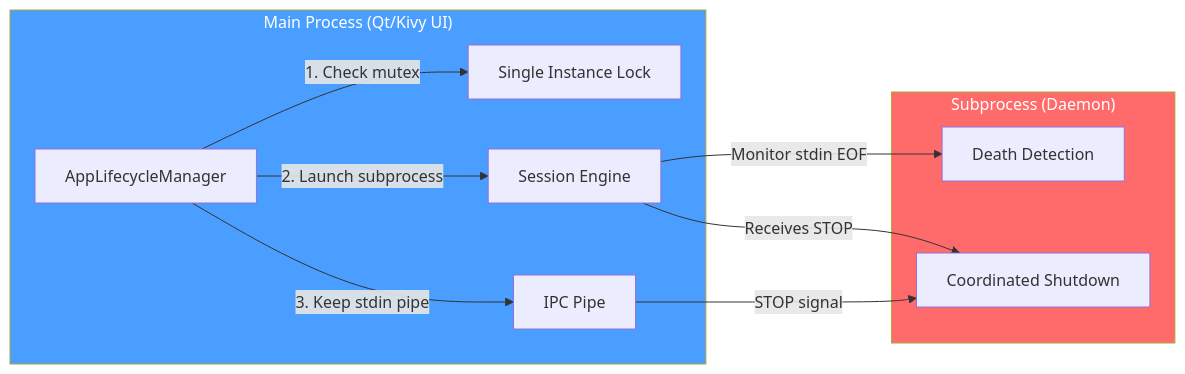
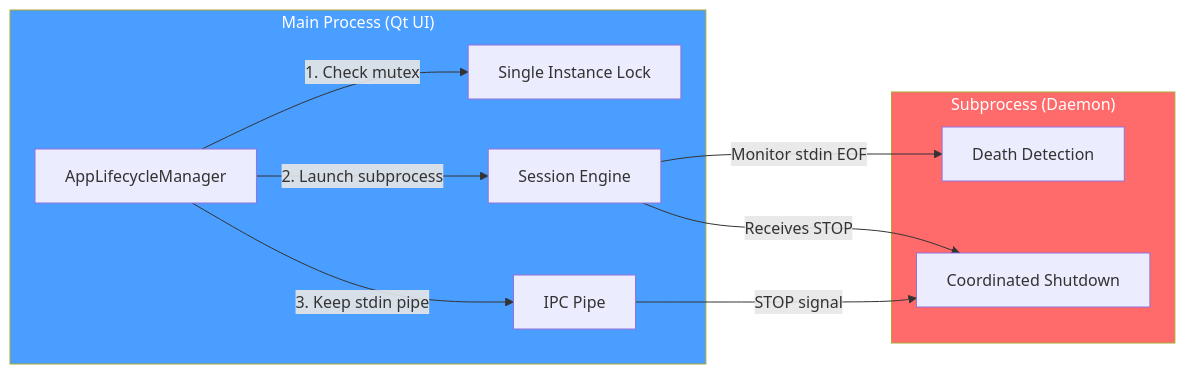
The tenth of 53 diagrams in docs/books/Book-Coach-3-en.md (renanaugustomacena-ux/Counter-Strike-coach-AI), drawn with Mermaid before and after one commit. The commit also changed other lines of this file and 2 other files, not shown here.

First line of the commit message:
docs: update Book-Coach-3 trilogy — remove Kivy, fix screen/test counts

````diff
--- a/docs/books/Book-Coach-3-en.md
+++ b/docs/books/Book-Coach-3-en.md
@@ -708,16 +672,16 @@
 ```mermaid
 flowchart LR
-    subgraph MAIN["Main Process (Qt/Kivy UI)"]
+    subgraph MAIN["Main Process (Qt UI)"]
         LIFE["AppLifecycleManager"]
         LIFE -->|"1. Check mutex"| LOCK["Single Instance Lock"]
         LIFE -->|"2. Launch subprocess"| DAEMON["Session Engine"]
         LIFE -->|"3. Keep stdin pipe"| PIPE["IPC Pipe"]
     end
     subgraph BG["Subprocess (Daemon)"]
         DAEMON -->|"Monitor stdin EOF"| DETECT["Death Detection"]
         DAEMON -->|"Receives STOP"| SHUT["Coordinated Shutdown"]
     end
     PIPE -->|"STOP signal"| SHUT
     style MAIN fill:#4a9eff,color:#fff
     style BG fill:#ff6b6b,color:#fff
 ```
````
